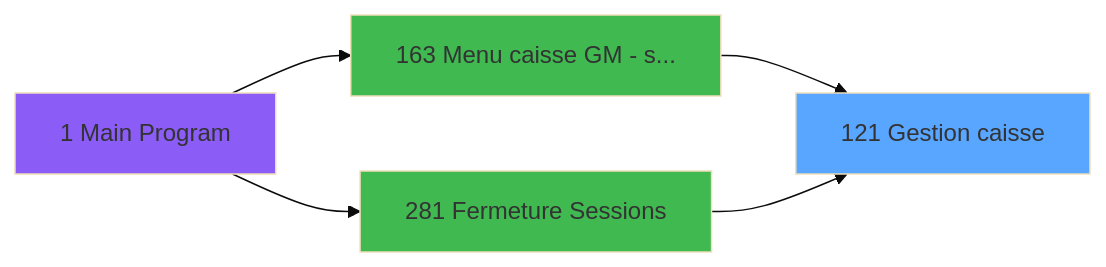
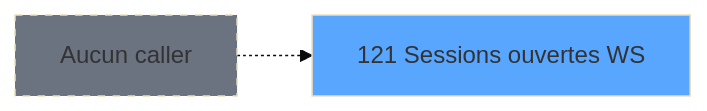
The second of 3 diagrams in .openspec/specs/ADH-IDE-121.md (thonyAGP/magic-migration), drawn with Mermaid (base theme) before and after one commit. The commit also changed other lines of this file and 311 other files, not shown here.

````diff
--- a/.openspec/specs/ADH-IDE-121.md
+++ b/.openspec/specs/ADH-IDE-121.md
@@ -1501,15 +285,8 @@
 ```mermaid
 graph LR
-    T121[121 Gestion caisse]
+    T121[121 Sessions ouvertes WS]
     style T121 fill:#58a6ff
-    CC1[1 Main Program]
-    style CC1 fill:#8b5cf6
-    CC163[163 Menu caisse GM - s...]
-    style CC163 fill:#3fb950
-    CC281[281 Fermeture Sessions]
-    style CC281 fill:#3fb950
-    CC1 --> CC163
-    CC1 --> CC281
-    CC163 --> T121
-    CC281 --> T121
+    NONE[Aucun caller]
+    NONE -.-> T121
+    style NONE fill:#6b7280,stroke-dasharray: 5 5
 ```
````
